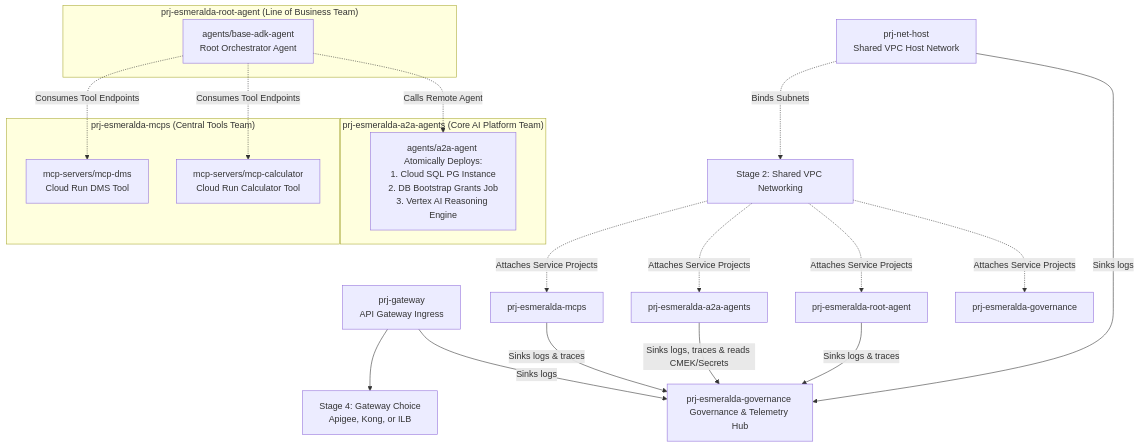
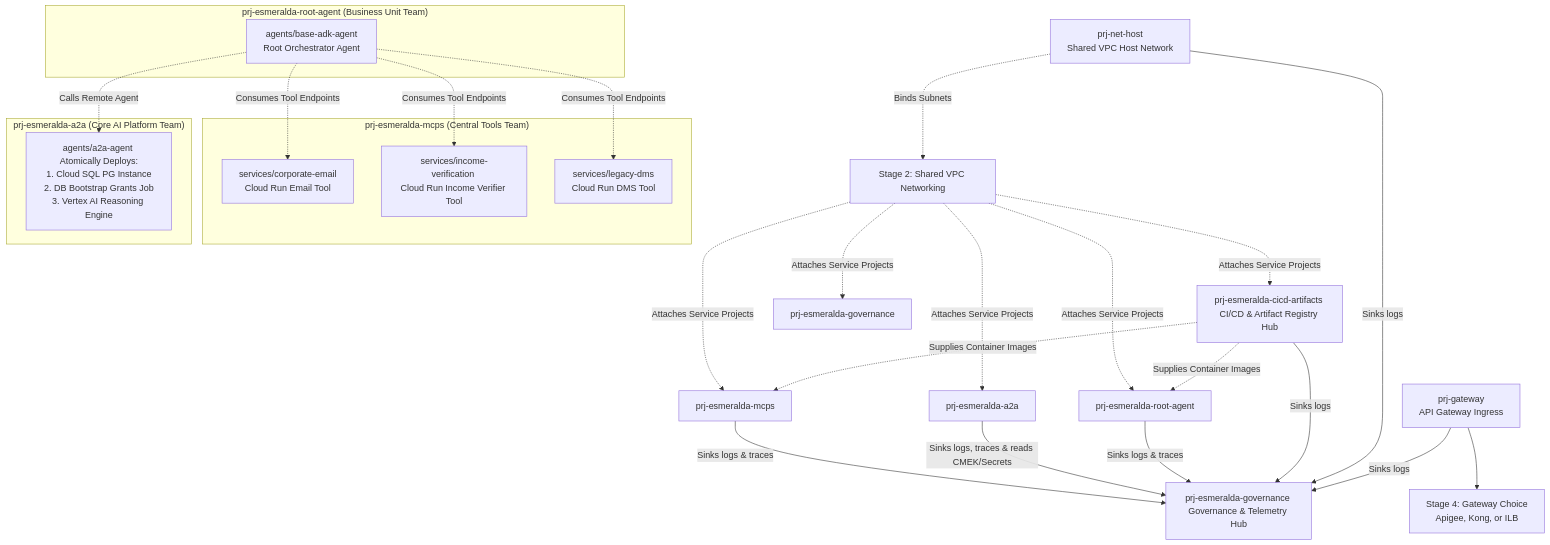
The first of 2 diagrams in docs/migration/README.md (google/esmeralda), drawn with Mermaid before and after one commit. The commit also changed other lines of this file and 2 other files, not shown here.

Commit message:
docs: translate migration docs to English and standardize current-state architecture terminology

````diff
--- a/docs/migration/README.md
+++ b/docs/migration/README.md
@@ -29,38 +29,46 @@
 ```mermaid
 graph TD
-    %% Base Projects (FAST Aligned)
+    %% Base Projects
     S1_NetHost[prj-net-host <br/>Shared VPC Host Network] -. Binds Subnets .-> S2_SharedVPC[Stage 2: Shared VPC Networking]
     S1_Gateway[prj-gateway <br/>API Gateway Ingress] --> S3_Ingress[Stage 4: Gateway Choice <br/>Apigee, Kong, or ILB]
+    S1_CICD[prj-esmeralda-cicd-artifacts <br/>CI/CD & Artifact Registry Hub]
     S1_Gov[prj-esmeralda-governance <br/>Governance & Telemetry Hub]
 
     %% Decoupled Workloads Projects (Stage 4)
     subgraph "prj-esmeralda-mcps (Central Tools Team)"
-        S4_MCP_DMS[mcp-servers/mcp-dms <br/>Cloud Run DMS Tool]
-        S4_MCP_Calc[mcp-servers/mcp-calculator <br/>Cloud Run Calculator Tool]
+        S4_MCP_Email[services/corporate-email <br/>Cloud Run Email Tool]
+        S4_MCP_Income[services/income-verification <br/>Cloud Run Income Verifier Tool]
+        S4_MCP_DMS[services/legacy-dms <br/>Cloud Run DMS Tool]
     end
 
-    subgraph "prj-esmeralda-a2a-agents (Core AI Platform Team)"
+    subgraph "prj-esmeralda-a2a (Core AI Platform Team)"
         S4_A2A[agents/a2a-agent <br/>Atomically Deploys:<br/>1. Cloud SQL PG Instance<br/>2. DB Bootstrap Grants Job<br/>3. Vertex AI Reasoning Engine]
     end
 
-    subgraph "prj-esmeralda-root-agent (Line of Business Team)"
+    subgraph "prj-esmeralda-root-agent (Business Unit Team)"
         S4_Root[agents/base-adk-agent <br/>Root Orchestrator Agent]
     end
 
     %% Integrations & Dependencies
     S2_SharedVPC -. Attaches Service Projects .-> prj-esmeralda-mcps
-    S2_SharedVPC -. Attaches Service Projects .-> prj-esmeralda-a2a-agents
+    S2_SharedVPC -. Attaches Service Projects .-> prj-esmeralda-a2a
     S2_SharedVPC -. Attaches Service Projects .-> prj-esmeralda-root-agent
     S2_SharedVPC -. Attaches Service Projects .-> prj-esmeralda-governance
+    S2_SharedVPC -. Attaches Service Projects .-> S1_CICD
 
+    S1_CICD -. Supplies Container Images .-> prj-esmeralda-mcps
+    S1_CICD -. Supplies Container Images .-> prj-esmeralda-root-agent
+
+    S4_Root -. Consumes Tool Endpoints .-> S4_MCP_Email
+    S4_Root -. Consumes Tool Endpoints .-> S4_MCP_Income
     S4_Root -. Consumes Tool Endpoints .-> S4_MCP_DMS
-    S4_Root -. Consumes Tool Endpoints .-> S4_MCP_Calc
     S4_Root -. Calls Remote Agent .-> S4_A2A
 
     %% Telemetry Sinks & Security CMEK Links
     prj-esmeralda-mcps -- Sinks logs & traces --> S1_Gov
-    prj-esmeralda-a2a-agents -- Sinks logs, traces & reads CMEK/Secrets --> S1_Gov
+    prj-esmeralda-a2a -- Sinks logs, traces & reads CMEK/Secrets --> S1_Gov
     prj-esmeralda-root-agent -- Sinks logs & traces --> S1_Gov
+    S1_CICD -- Sinks logs --> S1_Gov
     S1_NetHost -- Sinks logs --> S1_Gov
     S1_Gateway -- Sinks logs --> S1_Gov
 ```
````
